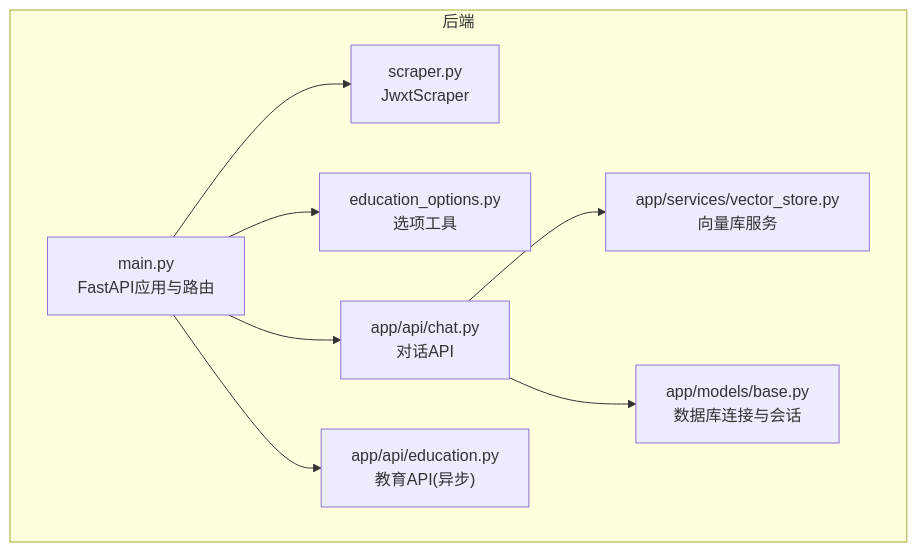
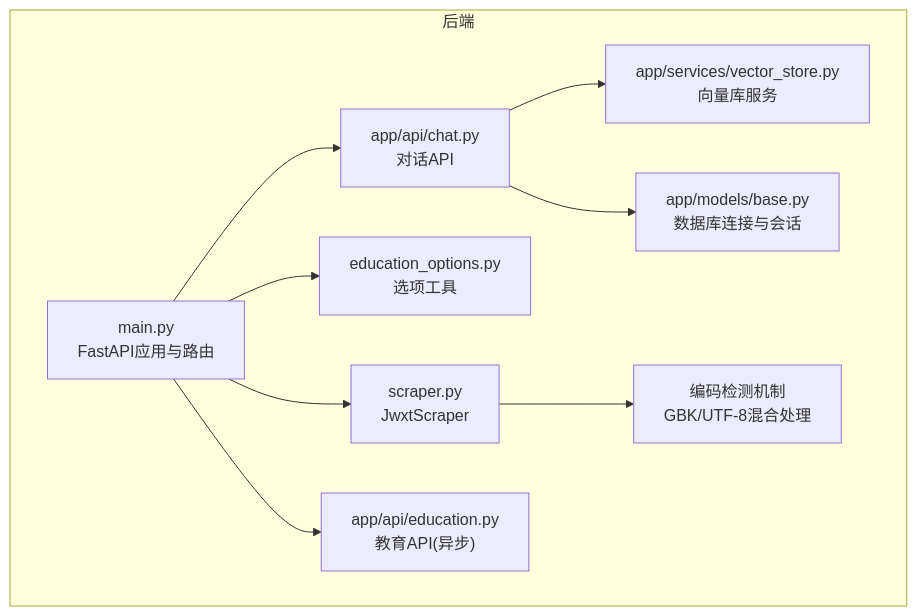
The first of 9 diagrams in .qoder/repowiki/zh/content/开发指南/调试工具/后端调试.md (ghbbn053-ship-itsoulddog/soulddog), drawn with Mermaid before and after one commit. The commit also changed other lines of this file and 2 other files, not shown here.

````diff
--- a/.qoder/repowiki/zh/content/开发指南/调试工具/后端调试.md
+++ b/.qoder/repowiki/zh/content/开发指南/调试工具/后端调试.md
@@ -51,18 +60,20 @@
 ```mermaid
 graph TB
 subgraph "后端"
 M["main.py<br/>FastAPI应用与路由"]
 C["app/api/chat.py<br/>对话API"]
 E["app/api/education.py<br/>教育API(异步)"]
 S["scraper.py<br/>JwxtScraper"]
 O["education_options.py<br/>选项工具"]
 V["app/services/vector_store.py<br/>向量库服务"]
 D["app/models/base.py<br/>数据库连接与会话"]
+ED["编码检测机制<br/>GBK/UTF-8混合处理"]
 end
 M --> S
 M --> O
 M --> C
 M --> E
 C --> V
 C --> D
+S --> ED
 ```
````
